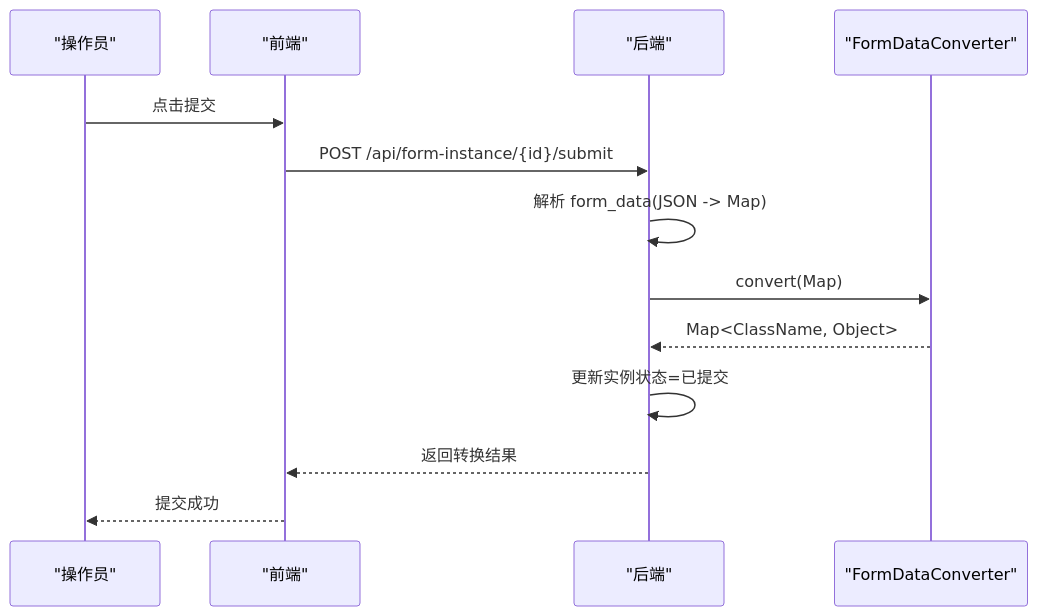
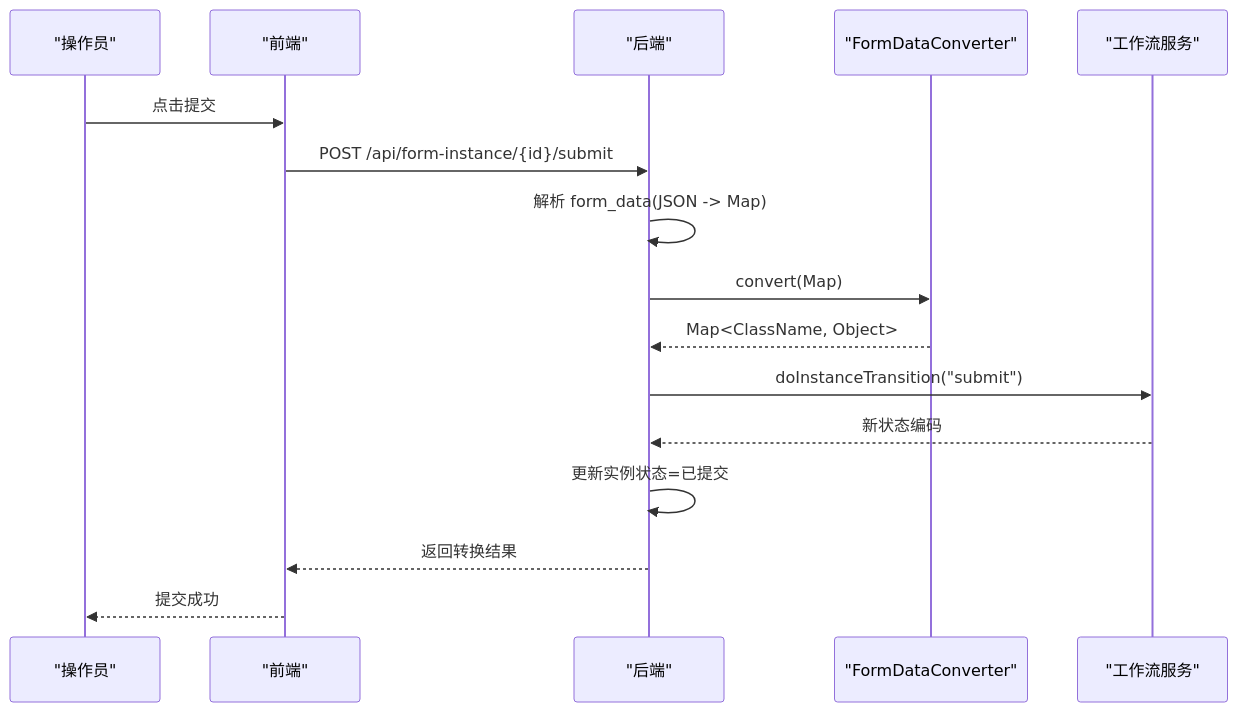
One commit to NJMrLi/genetics changed the fourth of 5 diagrams in .qoder/repowiki/zh/content/API接口文档/服务单模板API.md. Above: the diagram before and after it, drawn with Mermaid. The commit also changed other lines of this file and 21 other files, not shown here.

````diff
--- a/.qoder/repowiki/zh/content/API接口文档/服务单模板API.md
+++ b/.qoder/repowiki/zh/content/API接口文档/服务单模板API.md
@@ -264,15 +369,18 @@
 ```mermaid
 sequenceDiagram
 participant Operator as "操作员"
 participant FE as "前端"
 participant API as "后端"
 participant Conv as "FormDataConverter"
+participant WF as "工作流服务"
 Operator->>FE : 点击提交
 FE->>API : POST /api/form-instance/{id}/submit
 API->>API : 解析 form_data(JSON -> Map)
 API->>Conv : convert(Map)
 Conv-->>API : Map<ClassName, Object>
+API->>WF : doInstanceTransition("submit")
+WF-->>API : 新状态编码
 API->>API : 更新实例状态=已提交
 API-->>FE : 返回转换结果
 FE-->>Operator : 提交成功
 ```
````
